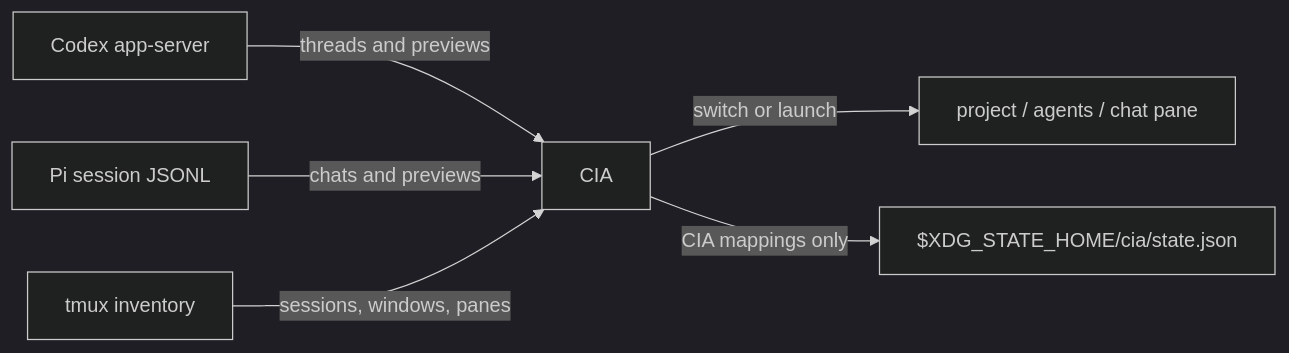
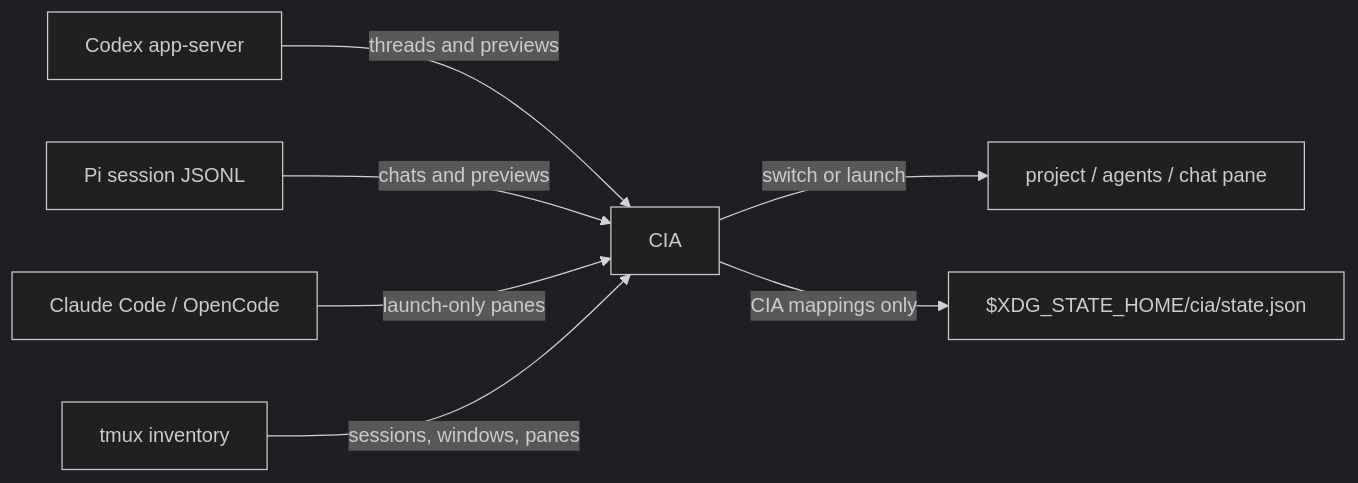
The diagram in README.md (vivek-x-jha/cia), drawn with Mermaid (dark theme) before and after one commit. The commit also changed other lines of this file and 7 other files, not shown here.

````diff
--- a/README.md
+++ b/README.md
@@ -163,8 +168,9 @@
 ```mermaid
 flowchart LR
     A[Codex app-server] -->|threads and previews| C[CIA]
     P[Pi session JSONL] -->|chats and previews| C
+    L[Claude Code / OpenCode] -->|launch-only panes| C
     B[tmux inventory] -->|sessions, windows, panes| C
     C -->|switch or launch| D[project / agents / chat pane]
     C -->|CIA mappings only| E[$XDG_STATE_HOME/cia/state.json]
 ```
````
